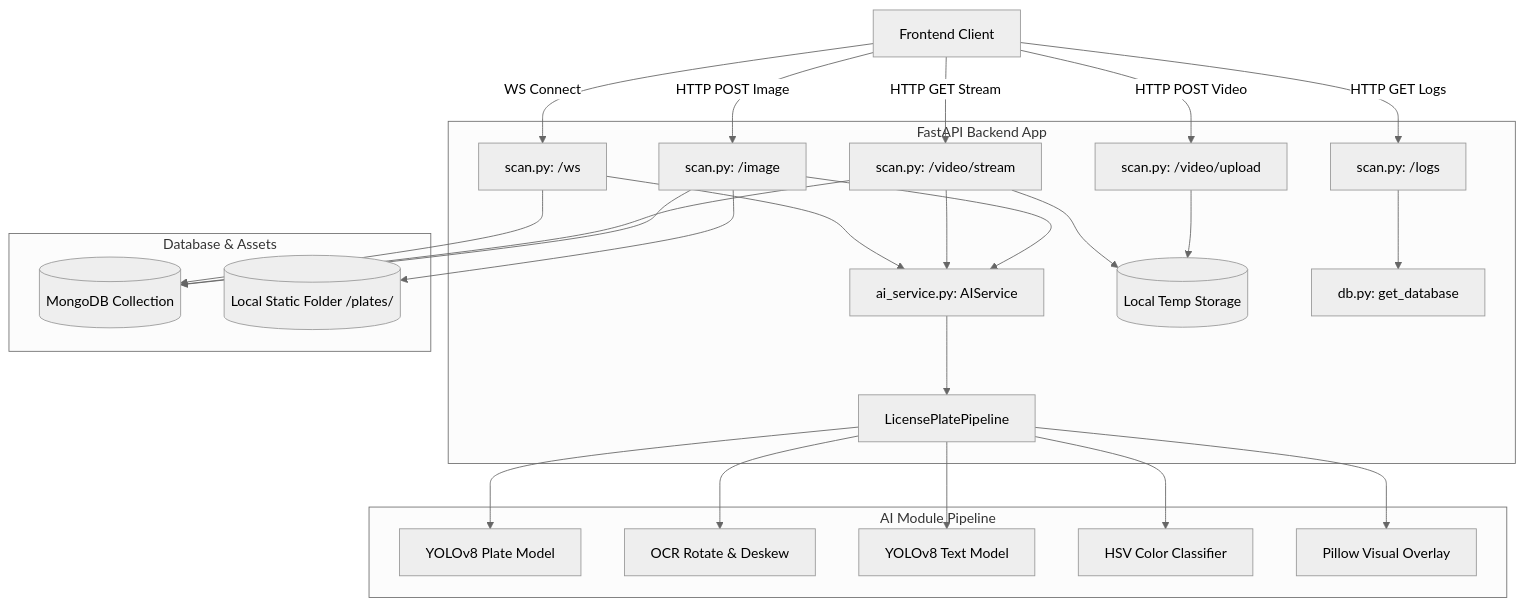
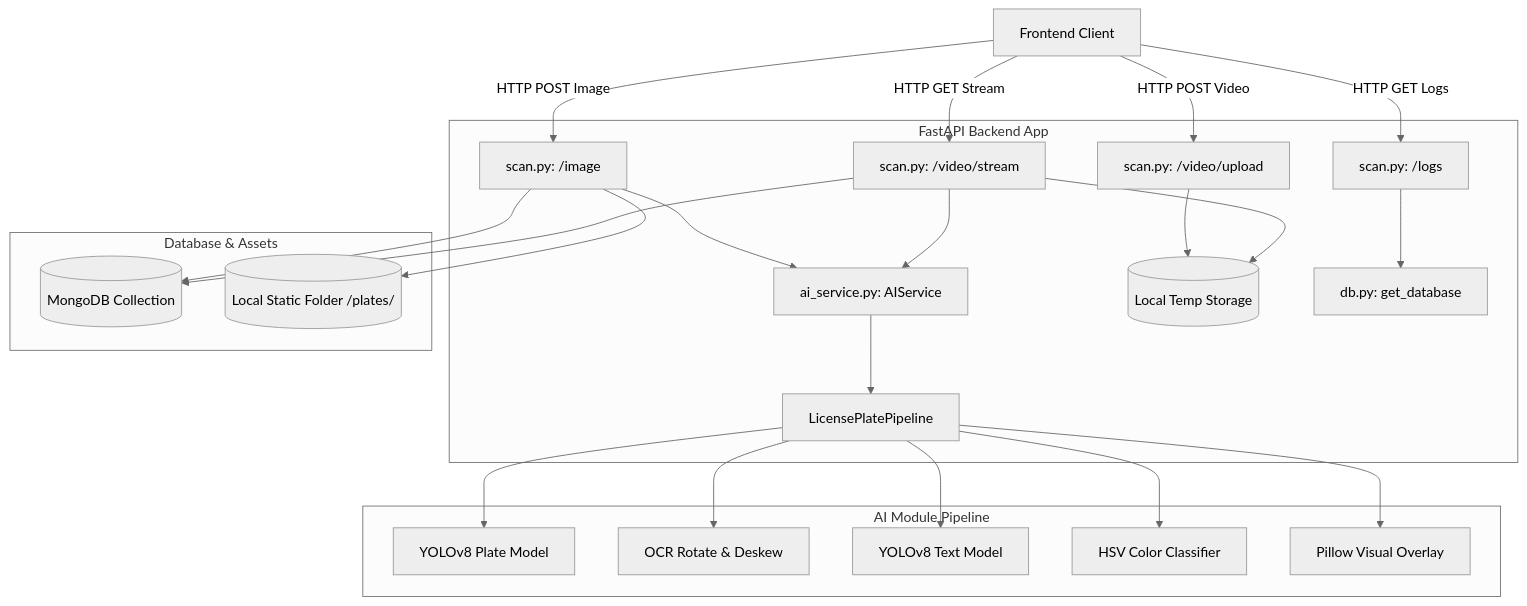
Before and after one commit to Billion101/laolicenceplate: the diagram in backend/backend-workflow.md, drawn with Mermaid (neutral theme). The commit also changed other lines of this file and 16 other files, not shown here.

````diff
--- a/backend/backend-workflow.md
+++ b/backend/backend-workflow.md
@@ -11,33 +11,30 @@
 ```mermaid
 graph TD
     Client[Frontend Client] -->|HTTP POST Image| ImageAPI[scan.py: /image]
     Client -->|HTTP POST Video| VideoAPI[scan.py: /video/upload]
     Client -->|HTTP GET Stream| StreamAPI[scan.py: /video/stream]
-    Client -->|WS Connect| WebSocketAPI[scan.py: /ws]
     Client -->|HTTP GET Logs| LogsAPI[scan.py: /logs]
     
     subgraph FastAPI Backend App
         ImageAPI --> AIService[ai_service.py: AIService]
         VideoAPI --> TempStorage[(Local Temp Storage)]
         StreamAPI --> TempStorage
         StreamAPI --> AIService
-        WebSocketAPI --> AIService
         LogsAPI --> DB[db.py: get_database]
         AIService --> Pipeline[LicensePlatePipeline]
     end
     
     subgraph AI Module Pipeline
         Pipeline --> YOLO_Plate[YOLOv8 Plate Model]
         Pipeline --> Deskew[OCR Rotate & Deskew]
         Pipeline --> YOLO_OCR[YOLOv8 Text Model]
         Pipeline --> Color[HSV Color Classifier]
         Pipeline --> Visual[Pillow Visual Overlay]
     end
     
     subgraph Database & Assets
         ImageAPI --> MongoDB[(MongoDB Collection)]
         StreamAPI --> MongoDB
-        WebSocketAPI --> MongoDB
         ImageAPI --> StaticStorage[(Local Static Folder /plates/)]
     end
 ```
````
